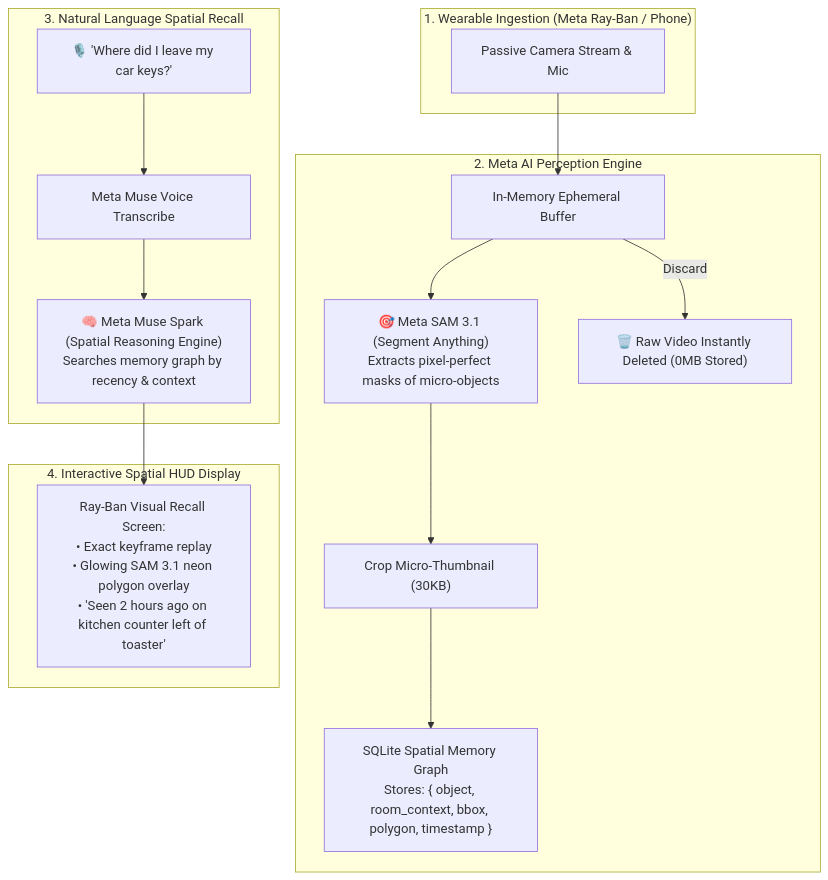
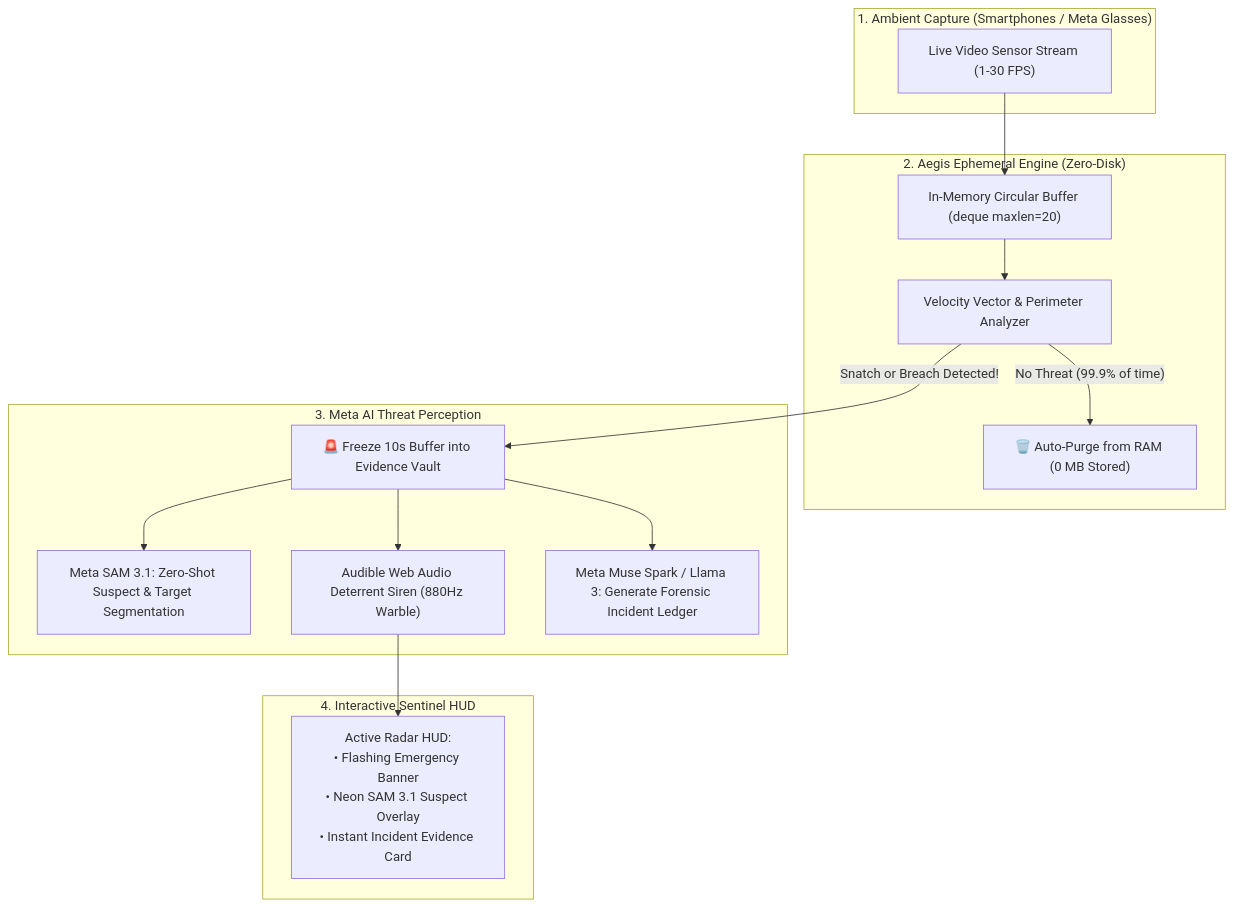
Before and after one commit to YashRaj1240/spatialsentry: the diagram in README.md, drawn with Mermaid. The commit also changed other lines of this file and 19 other files, not shown here.

Commit message:
feat: complete pivot to AegisAI - 24/7 ephemeral AI bodyguard & anti-theft sentinel with audible siren and evidence vault

````diff
--- a/README.md
+++ b/README.md
@@ -43,24 +70,23 @@
 ```mermaid
 flowchart TD
-    subgraph Wearable["1. Wearable Ingestion (Meta Ray-Ban / Phone)"]
-        Stream["Passive Camera Stream & Mic"]
+    subgraph Capture["1. Ambient Capture (Smartphones / Meta Glasses)"]
+        Stream["Live Video Sensor Stream (1-30 FPS)"]
     end
 
-    subgraph Perception["2. Meta AI Perception Engine"]
-        Stream --> Buffer["In-Memory Ephemeral Buffer"]
-        Buffer --> SAM["🎯 Meta SAM 3.1 (Segment Anything)<br/>Extracts pixel-perfect masks of micro-objects"]
-        Buffer -- Discard --> Deleted["🗑️ Raw Video Instantly Deleted (0MB Stored)"]
-        
-        SAM --> Crop["Crop Micro-Thumbnail (30KB)"]
-        Crop --> DB["SQLite Spatial Memory Graph<br/>Stores: { object, room_context, bbox, polygon, timestamp }"]
+    subgraph MemoryEngine["2. Aegis Ephemeral Engine (Zero-Disk)"]
+        Stream --> RAM["In-Memory Circular Buffer (deque maxlen=20)"]
+        RAM --> Monitor["Velocity Vector & Perimeter Analyzer"]
+        Monitor -- "No Threat (99.9% of time)" --> Purge["🗑️ Auto-Purge from RAM (0 MB Stored)"]
     end
 
-    subgraph Recall["3. Natural Language Spatial Recall"]
-        VoiceQuery["🎙️ 'Where did I leave my car keys?'"] --> MuseVoice["Meta Muse Voice Transcribe"]
-        MuseVoice --> MuseSpark["🧠 Meta Muse Spark (Spatial Reasoning Engine)<br/>Searches memory graph by recency & context"]
+    subgraph ThreatPerception["3. Meta AI Threat Perception"]
+        Monitor -- "Snatch or Breach Detected!" --> Freeze["🚨 Freeze 10s Buffer into Evidence Vault"]
+        Freeze --> SAM["Meta SAM 3.1: Zero-Shot Suspect & Target Segmentation"]
+        Freeze --> Siren["Audible Web Audio Deterrent Siren (880Hz Warble)"]
+        Freeze --> MuseSpark["Meta Muse Spark / Llama 3: Generate Forensic Incident Ledger"]
     end
 
-    subgraph VisualHUD["4. Interactive Spatial HUD Display"]
-        MuseSpark --> HUD["Ray-Ban Visual Recall Screen:<br/>• Exact keyframe replay<br/>• Glowing SAM 3.1 neon polygon overlay<br/>• 'Seen 2 hours ago on kitchen counter left of toaster'"]
+    subgraph UserHUD["4. Interactive Sentinel HUD"]
+        Siren --> HUD["Active Radar HUD:<br/>• Flashing Emergency Banner<br/>• Neon SAM 3.1 Suspect Overlay<br/>• Instant Incident Evidence Card"]
     end
 ```
````
